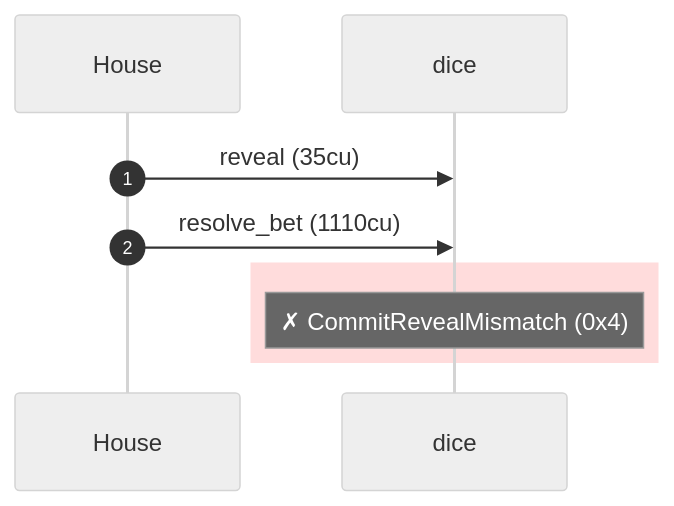
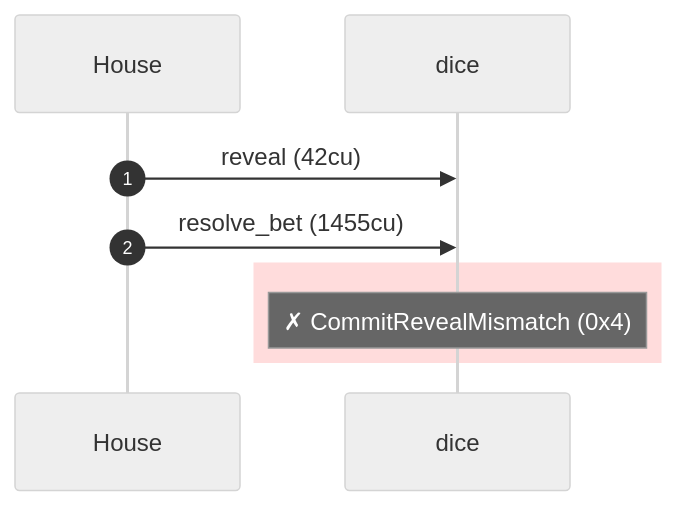
Before and after one commit to cds-turbin3/builder-05-no-fair-dice: the first of 3 diagrams in dogfood/report/switched-preimage.md, drawn with Mermaid (neutral theme). The commit also changed other lines of this file and 12 other files, not shown here.

````diff
--- a/dogfood/report/switched-preimage.md
+++ b/dogfood/report/switched-preimage.md
@@ -19,11 +19,11 @@
 ```mermaid
 sequenceDiagram
     autonumber
     participant House
     participant dice
-    House ->> dice: reveal (35cu)
-    House ->> dice: resolve_bet (1110cu)
+    House ->> dice: reveal (42cu)
+    House ->> dice: resolve_bet (1455cu)
     rect rgb(255, 220, 220)
     note over dice: ✗ CommitRevealMismatch (0x4)
     end
 ```
````
